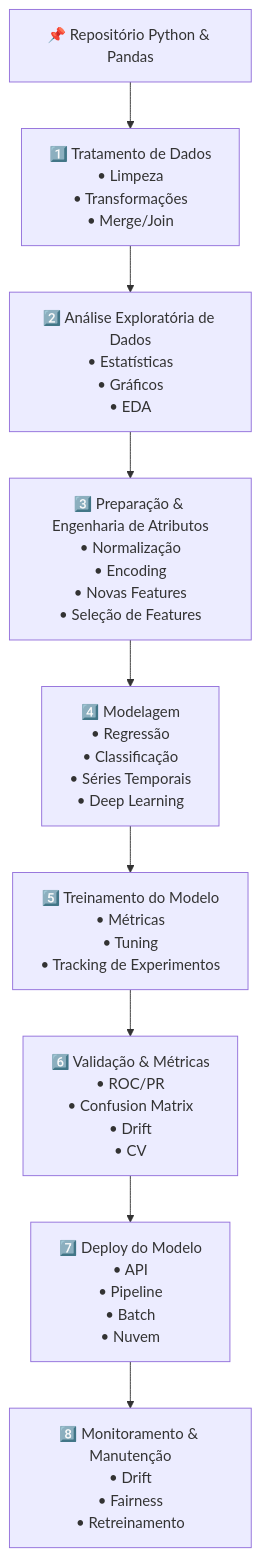
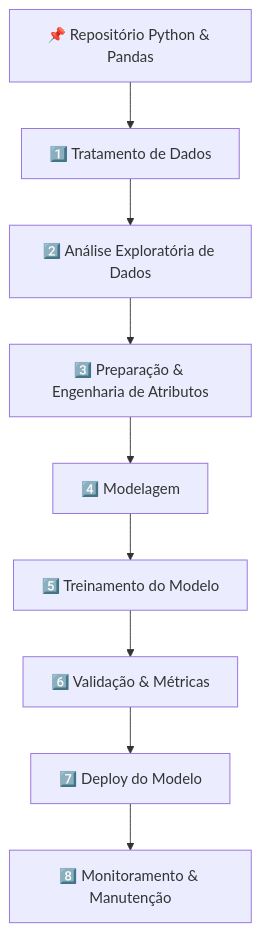
The diagram in README.md (JoaoMarcelo22/Python), drawn with Mermaid before and after one commit.

````diff
--- a/README.md
+++ b/README.md
@@ -21,11 +21,11 @@
 ```mermaid
 flowchart TD
-    A[📌 Repositório Python & Pandas] --> B[1️⃣ Tratamento de Dados<br/>• Limpeza<br/>• Transformações<br/>• Merge/Join]
-    B --> C[2️⃣ Análise Exploratória de Dados<br/>• Estatísticas<br/>• Gráficos<br/>• EDA]
-    C --> D[3️⃣ Preparação & Engenharia de Atributos<br/>• Normalização<br/>• Encoding<br/>• Novas Features<br/>• Seleção de Features]
-    D --> E[4️⃣ Modelagem<br/>• Regressão<br/>• Classificação<br/>• Séries Temporais<br/>• Deep Learning]
-    E --> F[5️⃣ Treinamento do Modelo<br/>• Métricas<br/>• Tuning<br/>• Tracking de Experimentos]
-    F --> G[6️⃣ Validação & Métricas<br/>• ROC/PR<br/>• Confusion Matrix<br/>• Drift<br/>• CV]
-    G --> H[7️⃣ Deploy do Modelo<br/>• API<br/>• Pipeline<br/>• Batch<br/>• Nuvem]
-    H --> I[8️⃣ Monitoramento & Manutenção<br/>• Drift<br/>• Fairness<br/>• Retreinamento]
+    A[📌 Repositório Python & Pandas] --> B[1️⃣ Tratamento de Dados]
+    B --> C[2️⃣ Análise Exploratória de Dados]
+    C --> D[3️⃣ Preparação & Engenharia de Atributos]
+    D --> E[4️⃣ Modelagem]
+    E --> F[5️⃣ Treinamento do Modelo]
+    F --> G[6️⃣ Validação & Métricas]
+    G --> H[7️⃣ Deploy do Modelo]
+    H --> I[8️⃣ Monitoramento & Manutenção]
 ```
````
